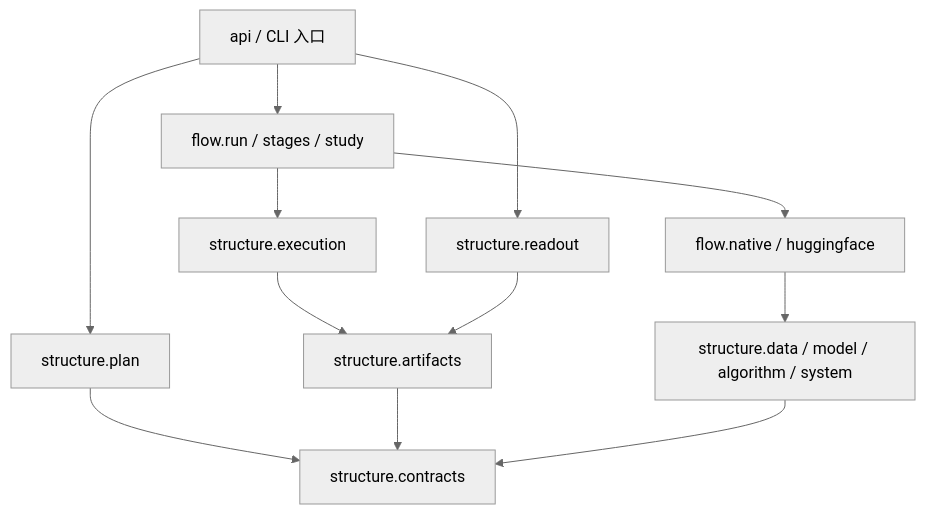
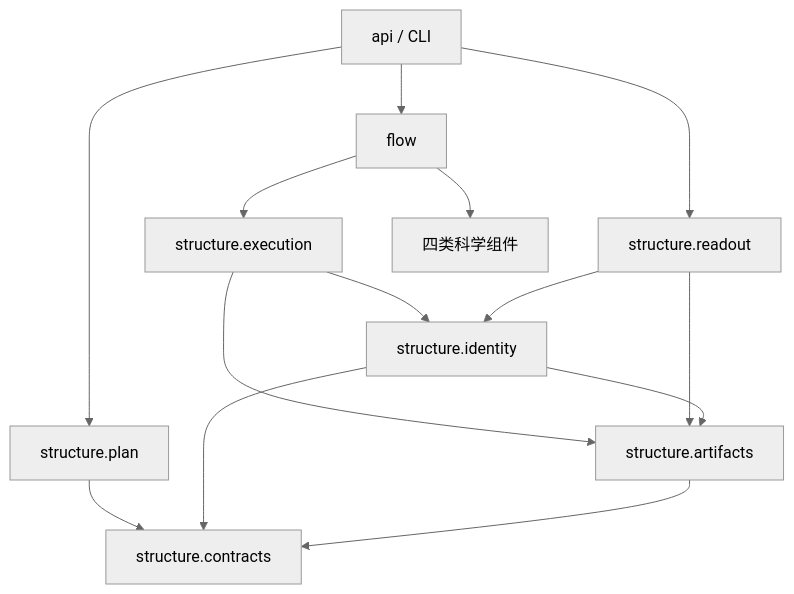
Before and after one commit to DreamSoul-AI/RPipe: the diagram in docs/代码结构设计 Code Structure Design 研究流水线.md, drawn with Mermaid (neutral theme). The commit also changed other lines of this file and 7 other files, not shown here.

````diff
--- a/docs/代码结构设计 Code Structure Design 研究流水线.md
+++ b/docs/代码结构设计 Code Structure Design 研究流水线.md
@@ -231,14 +176,16 @@
 ```mermaid
 flowchart TB
-    A[api / CLI 入口] --> P[structure.plan]
-    A --> F[flow.run / stages / study]
+    A[api / CLI] --> P[structure.plan]
+    A --> F[flow]
     A --> R[structure.readout]
     F --> E[structure.execution]
-    F --> N[flow.native / huggingface]
-    N --> D[structure.data / model / algorithm / system]
+    F --> D[四类科学组件]
+    E --> I[structure.identity]
     E --> T[structure.artifacts]
+    R --> I
     R --> T
+    I --> T
     P --> C[structure.contracts]
+    I --> C
     T --> C
-    D --> C
 ```
````
